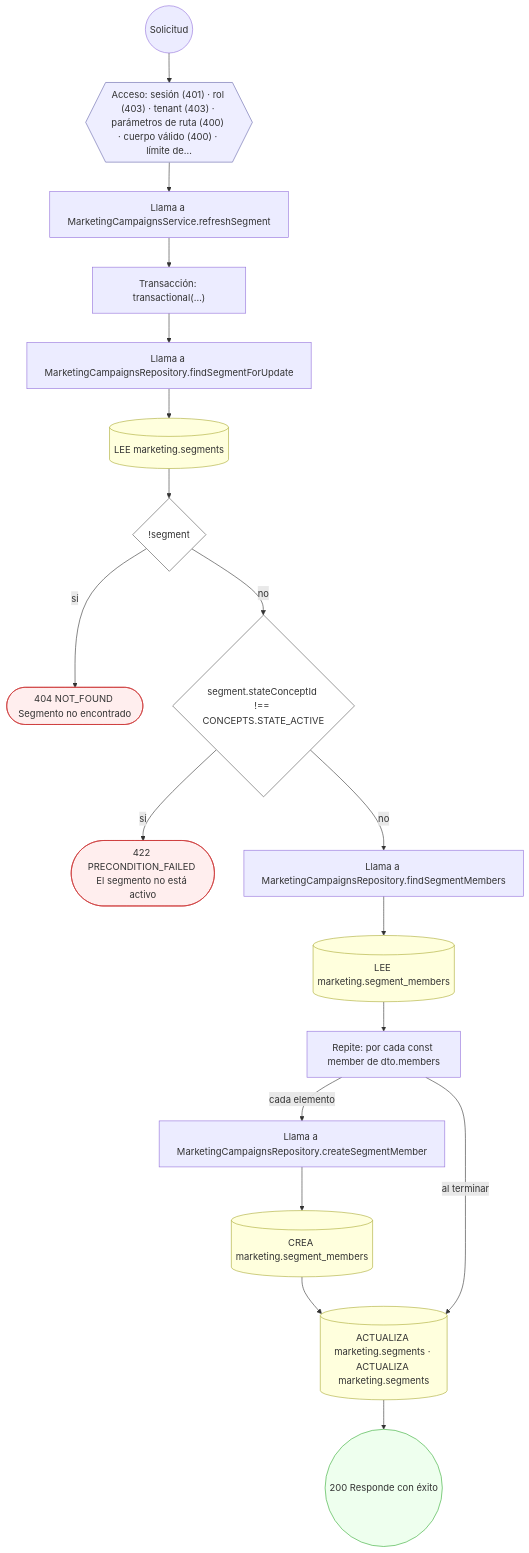
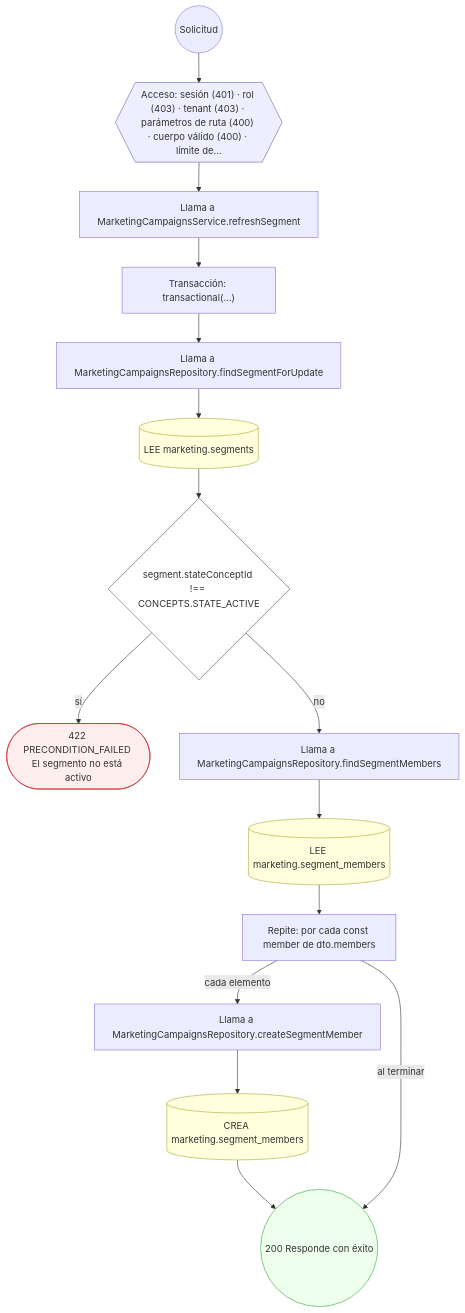
One commit to mdavila-2001/mantra-core-health-api changed diagram 12 of 16 in docs/inventario/flujos/marketing.md. Above: the diagram before and after it, drawn with Mermaid. The commit also changed other lines of this file and 438 other files, not shown here.

````diff
--- a/docs/inventario/flujos/marketing.md
+++ b/docs/inventario/flujos/marketing.md
@@ -842,43 +853,37 @@
 ```mermaid
 flowchart TD
   n1(("Solicitud")):::inicio
   n2{{"Acceso: sesión (401) · rol (403) · tenant (403) · parámetros de ruta (400) · cuerpo válido (400) · límite de…"}}:::acceso
   n1 --> n2
   n3["Llama a MarketingCampaignsService.refreshSegment"]:::llamada
   n2 --> n3
   n4["Transacción: transactional(…)"]:::transaccion
   n3 --> n4
   n5["Llama a MarketingCampaignsRepository.findSegmentForUpdate"]:::llamada
   n4 --> n5
   n6[("LEE marketing.segments")]:::efecto
   n5 --> n6
-  n7{"!segment"}:::decision
+  n7{"segment.stateConceptId !== CONCEPTS.STATE_ACTIVE"}:::decision
   n6 --> n7
-  n8(["404 NOT_FOUND Segmento no encontrado"]):::error
+  n8(["422 PRECONDITION_FAILED El segmento no está activo"]):::error
   n7 -->|"sí"| n8
-  n9{"segment.stateConceptId !== CONCEPTS.STATE_ACTIVE"}:::decision
+  n9["Llama a MarketingCampaignsRepository.findSegmentMembers"]:::llamada
   n7 -->|"no"| n9
-  n10(["422 PRECONDITION_FAILED El segmento no está activo"]):::error
-  n9 -->|"sí"| n10
-  n11["Llama a MarketingCampaignsRepository.findSegmentMembers"]:::llamada
-  n9 -->|"no"| n11
-  n12[("LEE marketing.segment_members")]:::efecto
-  n11 --> n12
-  n13["Repite: por cada const member de dto.members"]:::bucle
+  n10[("LEE marketing.segment_members")]:::efecto
+  n9 --> n10
+  n11["Repite: por cada const member de dto.members"]:::bucle
+  n10 --> n11
+  n12["Llama a MarketingCampaignsRepository.createSegmentMember"]:::llamada
+  n11 -->|"cada elemento"| n12
+  n13[("CREA marketing.segment_members")]:::efecto
   n12 --> n13
-  n14["Llama a MarketingCampaignsRepository.createSegmentMember"]:::llamada
-  n13 -->|"cada elemento"| n14
-  n15[("CREA marketing.segment_members")]:::efecto
-  n14 --> n15
-  n16[("ACTUALIZA marketing.segments · ACTUALIZA marketing.segments")]:::efecto
-  n15 --> n16
-  n13 -->|"al terminar"| n16
-  n17(("200 Responde con éxito")):::ok
-  n16 --> n17
+  n14(("200 Responde con éxito")):::ok
+  n13 --> n14
+  n11 -->|"al terminar"| n14
   classDef acceso fill:#eef,stroke:#66a
   classDef error fill:#fee,stroke:#c33
   classDef ok fill:#efe,stroke:#3a3
   classDef efecto fill:#ffd,stroke:#aa3
   classDef decision fill:#fff,stroke:#555
   classDef corte fill:#eee,stroke:#999,stroke-dasharray: 4
 ```
````
